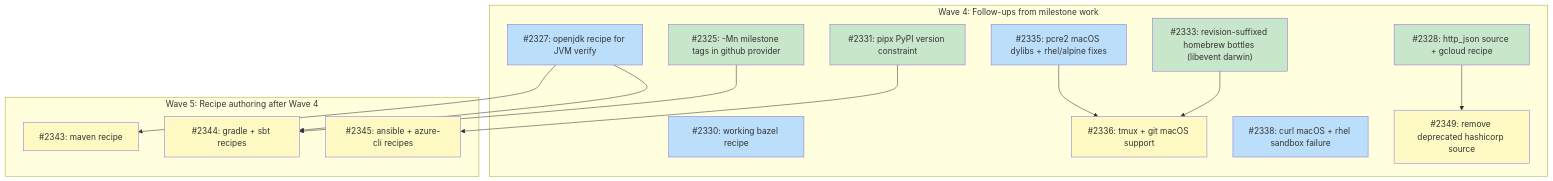
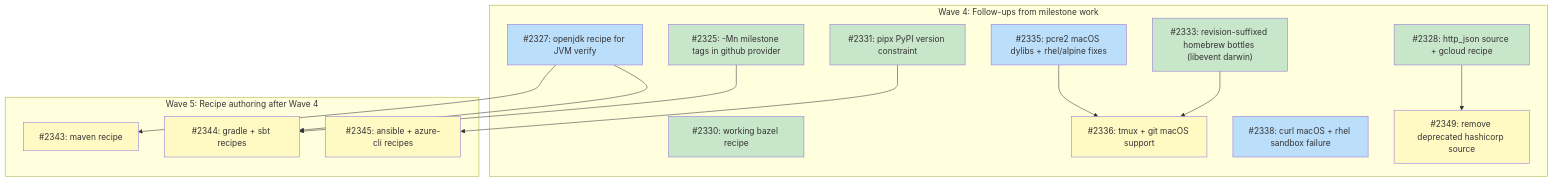
The diagram in docs/plans/PLAN-curated-recipes.md (tsukumogami/tsuku), drawn with Mermaid before and after one commit. The commit also changed other lines of this file and 3 other files, not shown here.

````diff
--- a/docs/plans/PLAN-curated-recipes.md
+++ b/docs/plans/PLAN-curated-recipes.md
@@ -140,44 +140,44 @@
 ```mermaid
 graph TD
     subgraph wave4 ["Wave 4: Follow-ups from milestone work"]
         I2325["#2325: -Mn milestone tags in github provider"]
         I2327["#2327: openjdk recipe for JVM verify"]
         I2328["#2328: http_json source + gcloud recipe"]
         I2330["#2330: working bazel recipe"]
         I2331["#2331: pipx PyPI version constraint"]
         I2333["#2333: revision-suffixed homebrew bottles (libevent darwin)"]
         I2335["#2335: pcre2 macOS dylibs + rhel/alpine fixes"]
         I2336["#2336: tmux + git macOS support"]
         I2338["#2338: curl macOS + rhel sandbox failure"]
         I2349["#2349: remove deprecated hashicorp source"]
     end
 
     subgraph wave5 ["Wave 5: Recipe authoring after Wave 4"]
         I2343["#2343: maven recipe"]
         I2344["#2344: gradle + sbt recipes"]
         I2345["#2345: ansible + azure-cli recipes"]
     end
 
     I2333 --> I2336
     I2335 --> I2336
 
     I2327 --> I2343
     I2325 --> I2344
     I2327 --> I2344
     I2331 --> I2345
     I2328 --> I2349
 
     classDef done fill:#c8e6c9
     classDef ready fill:#bbdefb
     classDef blocked fill:#fff9c4
     classDef needsDesign fill:#e1bee7
     classDef needsPrd fill:#b3e5fc
     classDef needsSpike fill:#ffcdd2
     classDef needsDecision fill:#d1c4e9
     classDef tracksDesign fill:#FFE0B2,stroke:#F57C00,color:#000
     classDef tracksPlan fill:#FFE0B2,stroke:#F57C00,color:#000
 
-    class I2325,I2328,I2331,I2333 done
-    class I2327,I2330,I2335,I2338 ready
+    class I2325,I2328,I2330,I2331,I2333 done
+    class I2327,I2335,I2338 ready
     class I2336,I2343,I2344,I2345,I2349 blocked
 ```
````
